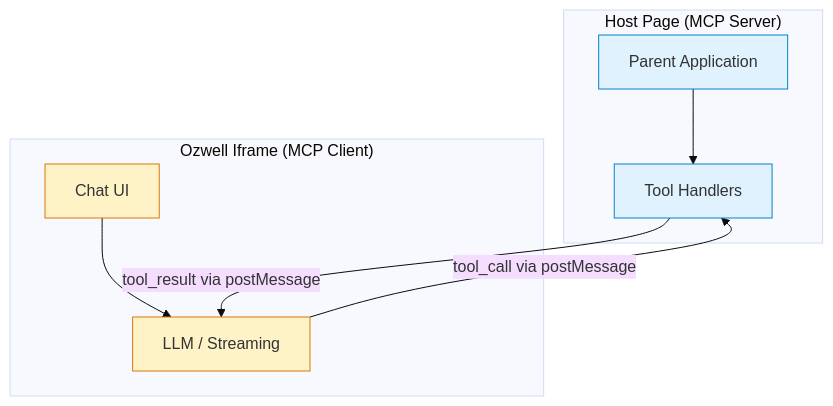
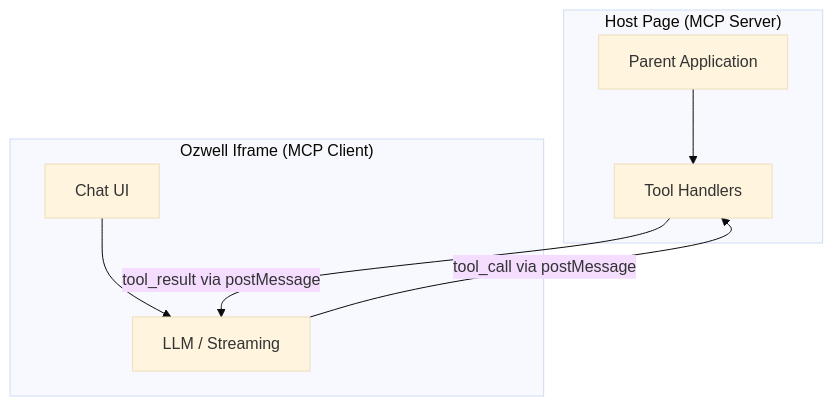
The first of 2 diagrams in docs/frontend/mcp-postmessage-standard.md (mieweb/ozwellai-api), drawn with Mermaid (base theme) before and after one commit. The commit also changed other lines of this file and 4 other files, not shown here.

First line of the commit message:
fix: mermaid dark mode and navbar toggle visibility

````diff
--- a/docs/frontend/mcp-postmessage-standard.md
+++ b/docs/frontend/mcp-postmessage-standard.md
@@ -107,22 +107,17 @@
 ```mermaid
 graph TB
     subgraph "Host Page (MCP Server)"
         Parent[Parent Application]
         Tools[Tool Handlers]
         Parent --> Tools
     end
 
     subgraph "Ozwell Iframe (MCP Client)"
         Chat[Chat UI]
         LLM[LLM / Streaming]
         Chat --> LLM
     end
 
     LLM -->|"tool_call via postMessage"| Tools
     Tools -->|"tool_result via postMessage"| LLM
-
-    classDef server fill:#e0f2fe,stroke:#0284c7
-    classDef client fill:#fef3c7,stroke:#d97706
-    class Parent,Tools server
-    class Chat,LLM client
 ```
````
